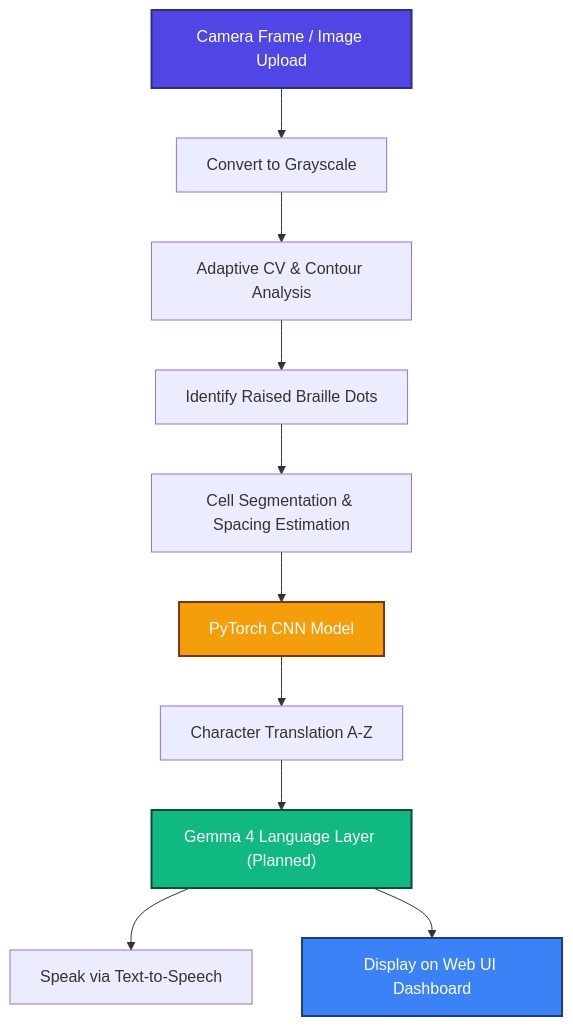
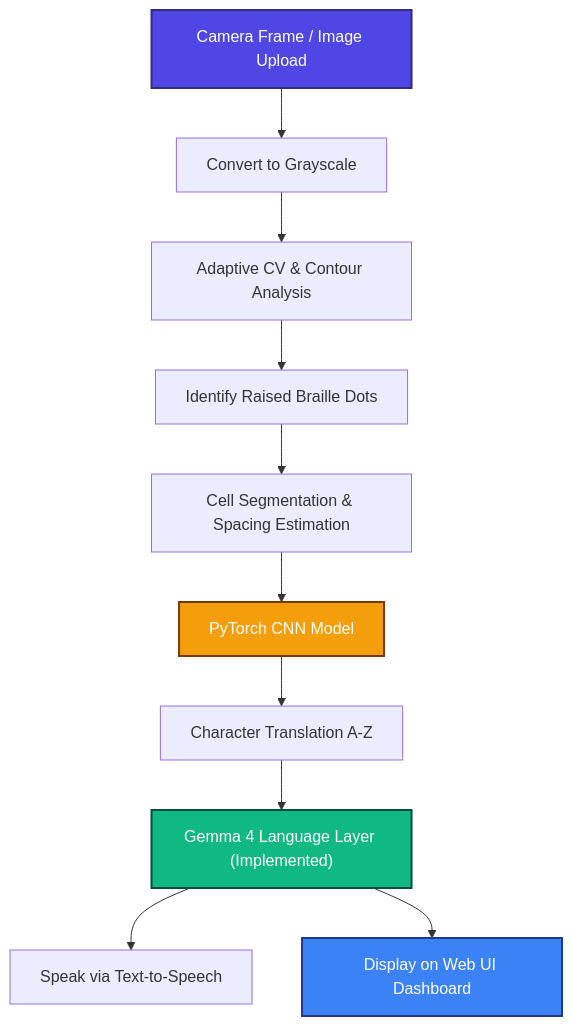
The diagram in README.md (ayushkumar2601/gemma_brailley), drawn with Mermaid before and after one commit. The commit also changed other lines of this file, not shown here.

Commit message:
Update README to indicate Gemma 4 integration is implemented and working fine

````diff
--- a/README.md
+++ b/README.md
@@ -79,16 +80,16 @@
 ```mermaid
 graph TD
     A[Camera Frame / Image Upload] --> B[Convert to Grayscale]
     B --> C[Adaptive CV & Contour Analysis]
     C --> D[Identify Raised Braille Dots]
     D --> E[Cell Segmentation & Spacing Estimation]
     E --> F[PyTorch CNN Model]
     F --> G[Character Translation A-Z]
-    G --> H["Gemma 4 Language Layer (Planned)"]
+    G --> H["Gemma 4 Language Layer (Implemented)"]
     H --> I[Speak via Text-to-Speech]
     H --> J[Display on Web UI Dashboard]
     style A fill:#4F46E5,stroke:#312E81,stroke-width:2px,color:#fff
     style F fill:#F59E0B,stroke:#78350F,stroke-width:2px,color:#fff
     style H fill:#10B981,stroke:#064E3B,stroke-width:2px,color:#fff
     style J fill:#3B82F6,stroke:#1E3A8A,stroke-width:2px,color:#fff
 ```
````
